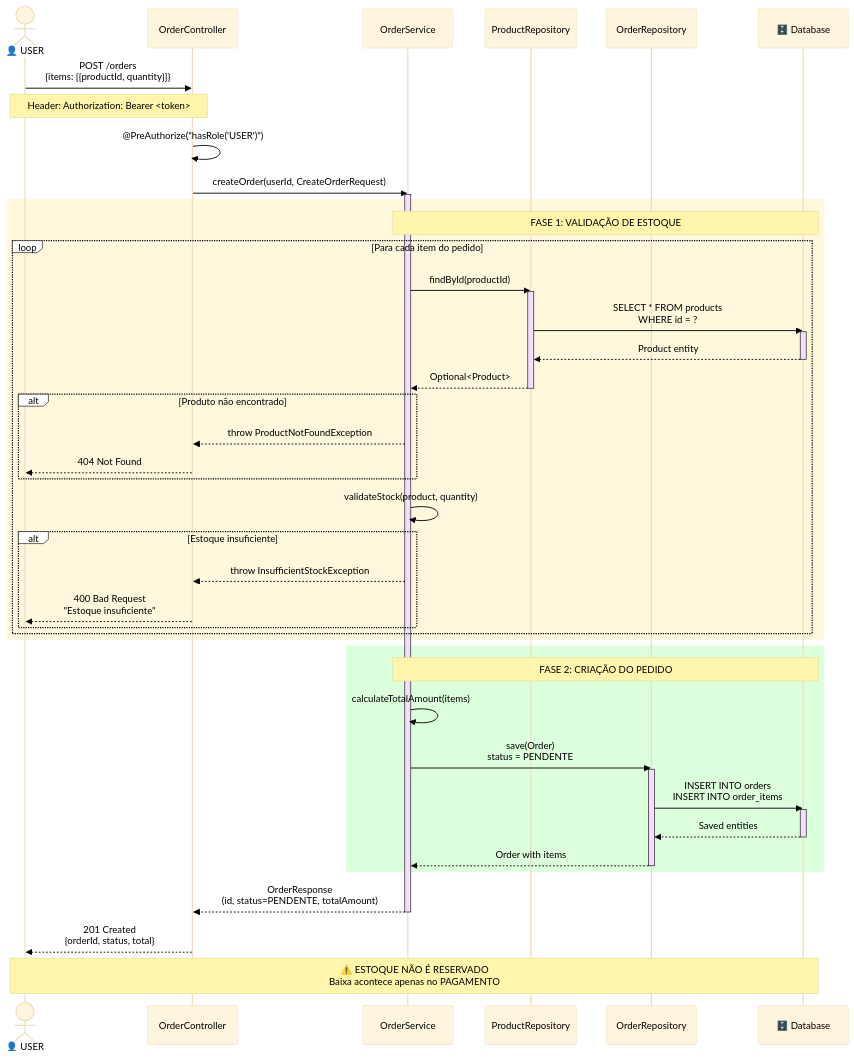
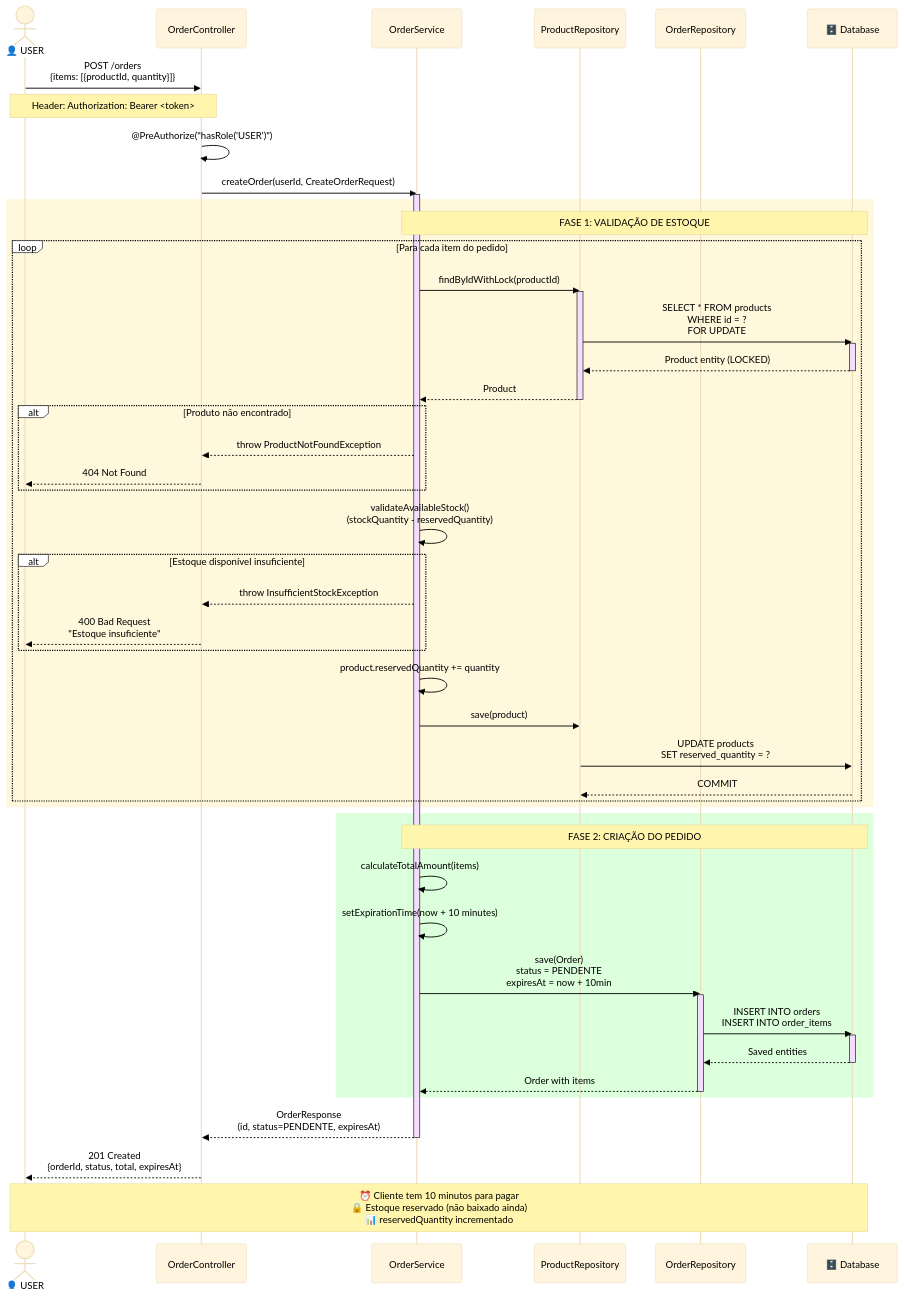
The second of 5 diagrams in docs/architecture/diagrama-sequencia.md (DanrleyBrasil/ecommerce-api-case), drawn with Mermaid before and after one commit. The commit also changed other lines of this file and 20 other files, not shown here.

````diff
--- a/docs/architecture/diagrama-sequencia.md
+++ b/docs/architecture/diagrama-sequencia.md
@@ -71,65 +72,71 @@
 ```mermaid
 %%{init: {'theme':'base', 'themeVariables': { 'actorTextColor':'#000000', 'labelTextColor':'#000000', 'loopTextColor':'#000000', 'noteTextColor':'#000000', 'activationBorderColor':'#000000', 'signalColor':'#000000', 'signalTextColor':'#000000', 'labelBoxBkgColor':'#ffffff', 'labelBoxBorderColor':'#000000', 'sequenceNumberColor':'#000000'}}}%%
 sequenceDiagram
     actor User as 👤 USER
     participant Controller as OrderController
     participant Service as OrderService
     participant ProductRepo as ProductRepository
     participant OrderRepo as OrderRepository
     participant DB as 🗄️ Database
 
     User->>Controller: POST /orders<br/>{items: [{productId, quantity}]}
     Note over User,Controller: Header: Authorization: Bearer <token>
     
     Controller->>Controller: @PreAuthorize("hasRole('USER')")
     Controller->>Service: createOrder(userId, CreateOrderRequest)
     activate Service
     
     rect rgb(255, 248, 220)
         Note over Service,DB: FASE 1: VALIDAÇÃO DE ESTOQUE
         
         loop Para cada item do pedido
-            Service->>ProductRepo: findById(productId)
+            Service->>ProductRepo: findByIdWithLock(productId)
             activate ProductRepo
-            ProductRepo->>DB: SELECT * FROM products<br/>WHERE id = ?
+            ProductRepo->>DB: SELECT * FROM products<br/>WHERE id = ?<br/>FOR UPDATE
             activate DB
-            DB-->>ProductRepo: Product entity
+            DB-->>ProductRepo: Product entity (LOCKED)
             deactivate DB
-            ProductRepo-->>Service: Optional<Product>
+            ProductRepo-->>Service: Product
             deactivate ProductRepo
             
             alt Produto não encontrado
                 Service-->>Controller: throw ProductNotFoundException
                 Controller-->>User: 404 Not Found
             end
             
-            Service->>Service: validateStock(product, quantity)
+            Service->>Service: validateAvailableStock()<br/>(stockQuantity - reservedQuantity)
             
-            alt Estoque insuficiente
+            alt Estoque disponível insuficiente
                 Service-->>Controller: throw InsufficientStockException
                 Controller-->>User: 400 Bad Request<br/>"Estoque insuficiente"
             end
+            
+            Service->>Service: product.reservedQuantity += quantity
+            Service->>ProductRepo: save(product)
+            ProductRepo->>DB: UPDATE products<br/>SET reserved_quantity = ?
+            DB-->>ProductRepo: COMMIT
         end
     end
     
     rect rgb(220, 255, 220)
         Note over Service,DB: FASE 2: CRIAÇÃO DO PEDIDO
         
         Service->>Service: calculateTotalAmount(items)
+        Service->>Service: setExpirationTime(now + 10 minutes)
         
-        Service->>OrderRepo: save(Order)<br/>status = PENDENTE
+        Service->>OrderRepo: save(Order)<br/>status = PENDENTE<br/>expiresAt = now + 10min
         activate OrderRepo
         OrderRepo->>DB: INSERT INTO orders<br/>INSERT INTO order_items
         activate DB
         DB-->>OrderRepo: Saved entities
         deactivate DB
         OrderRepo-->>Service: Order with items
         deactivate OrderRepo
     end
     
-    Service-->>Controller: OrderResponse<br/>(id, status=PENDENTE, totalAmount)
+    Service-->>Controller: OrderResponse<br/>(id, status=PENDENTE, expiresAt)
     deactivate Service
-    Controller-->>User: 201 Created<br/>{orderId, status, total}
+    Controller-->>User: 201 Created<br/>{orderId, status, total, expiresAt}
     
-    Note over User,DB: ⚠️ ESTOQUE NÃO É RESERVADO<br/>Baixa acontece apenas no PAGAMENTO
+    Note over User,DB: ⏰ Cliente tem 10 minutos para pagar<br/>🔒 Estoque reservado (não baixado ainda)<br/>📊 reservedQuantity incrementado
 ```
````
